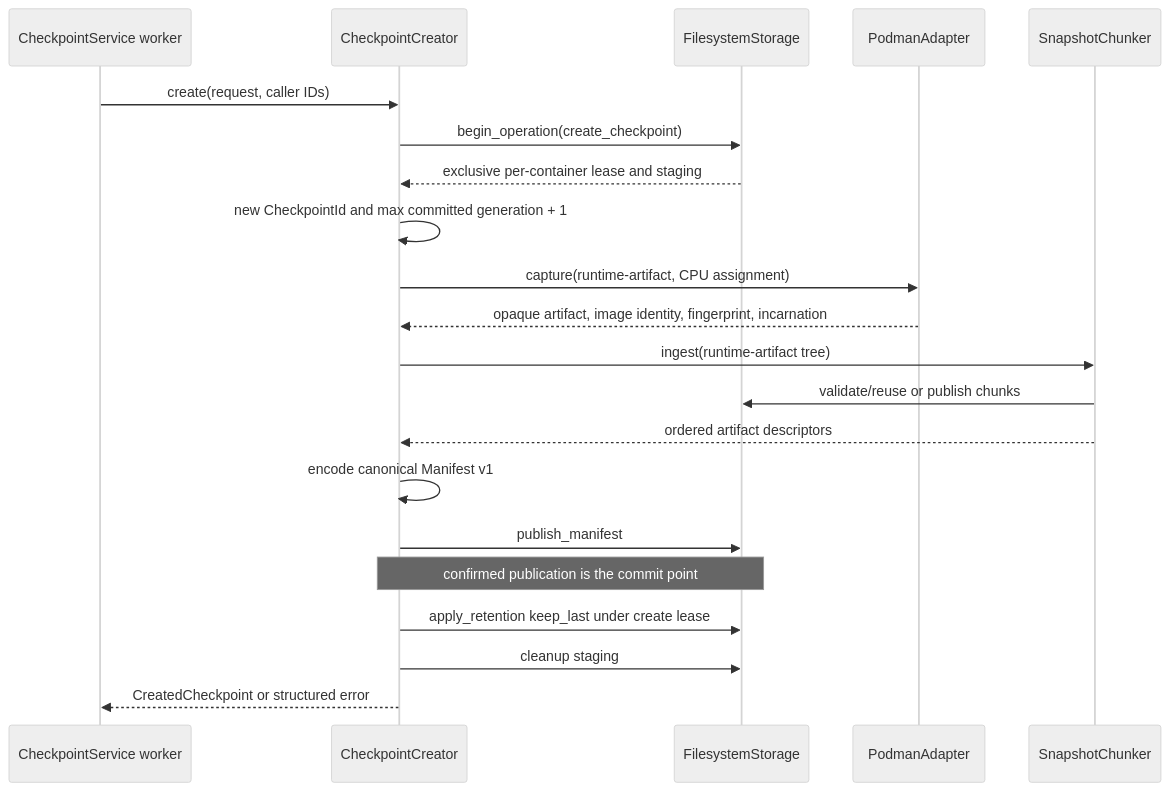
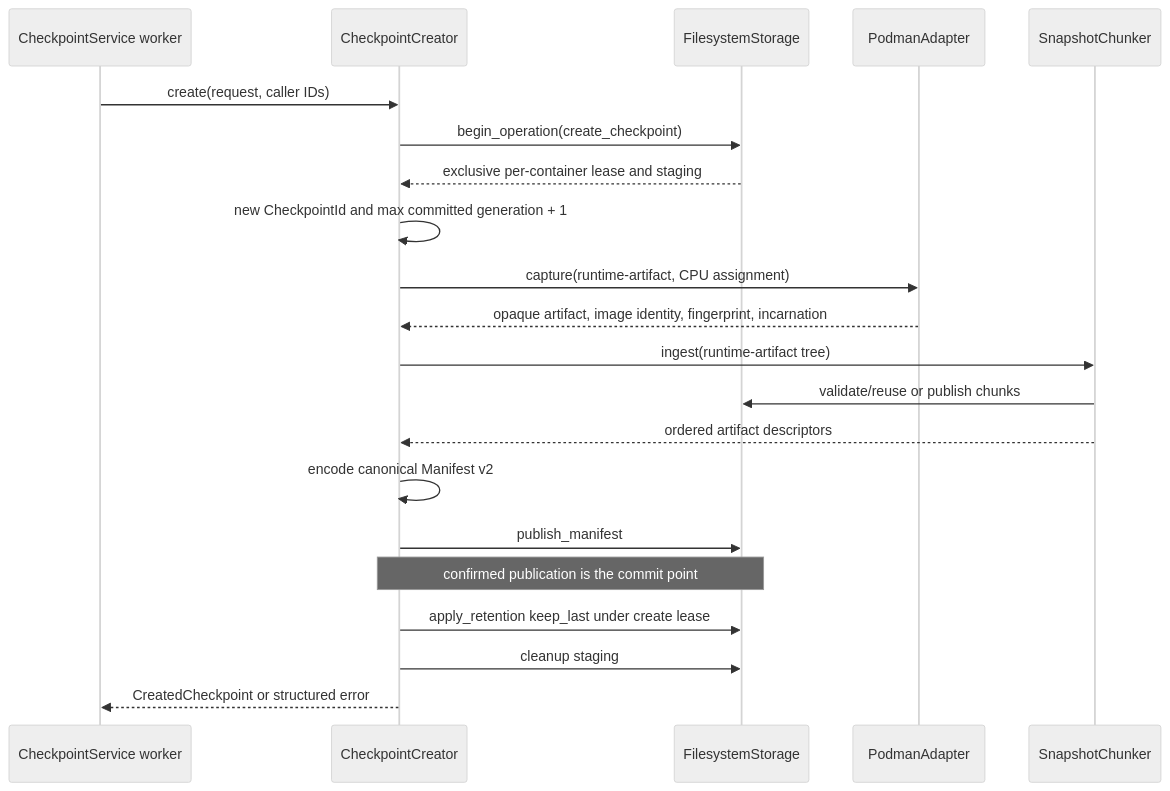
The third of 4 diagrams in docs/architecture.md (crystarm/gravesentinel), drawn with Mermaid (neutral theme) before and after one commit. The commit also changed other lines of this file and 53 other files, not shown here.

````diff
--- a/docs/architecture.md
+++ b/docs/architecture.md
@@ -300,24 +303,24 @@
 ```mermaid
 sequenceDiagram
     participant S as CheckpointService worker
     participant C as CheckpointCreator
     participant F as FilesystemStorage
     participant P as PodmanAdapter
     participant H as SnapshotChunker
 
     S->>C: create(request, caller IDs)
     C->>F: begin_operation(create_checkpoint)
     F-->>C: exclusive per-container lease and staging
     C->>C: new CheckpointId and max committed generation + 1
     C->>P: capture(runtime-artifact, CPU assignment)
     P-->>C: opaque artifact, image identity, fingerprint, incarnation
     C->>H: ingest(runtime-artifact tree)
     H->>F: validate/reuse or publish chunks
     H-->>C: ordered artifact descriptors
-    C->>C: encode canonical Manifest v1
+    C->>C: encode canonical Manifest v2
     C->>F: publish_manifest
     Note over C,F: confirmed publication is the commit point
     C->>F: apply_retention keep_last under create lease
     C->>F: cleanup staging
     C-->>S: CreatedCheckpoint or structured error
 ```
````
